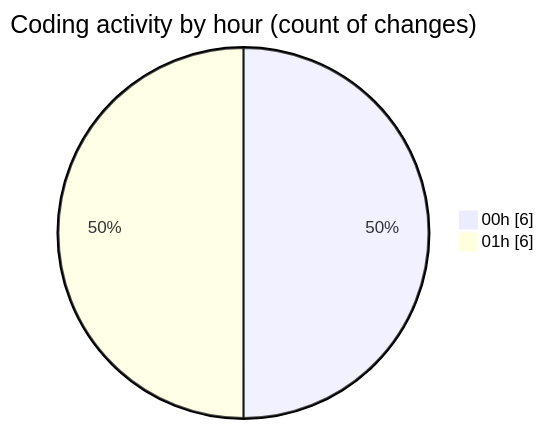
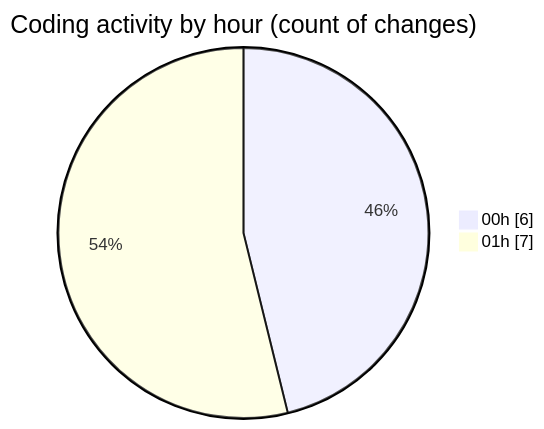
The second of 2 diagrams in 2025-07-28/refunds/README.md (EIIisD/code-tracking), drawn with Mermaid before and after one commit. The commit also changed other lines of this file and 1 other file, not shown here.

````diff
--- a/2025-07-28/refunds/README.md
+++ b/2025-07-28/refunds/README.md
@@ -29,6 +29,6 @@
 ```mermaid
 pie showData
 title Coding activity by hour (count of changes)
 "00h" : 6
-"01h" : 6
+"01h" : 7
 ```
````
